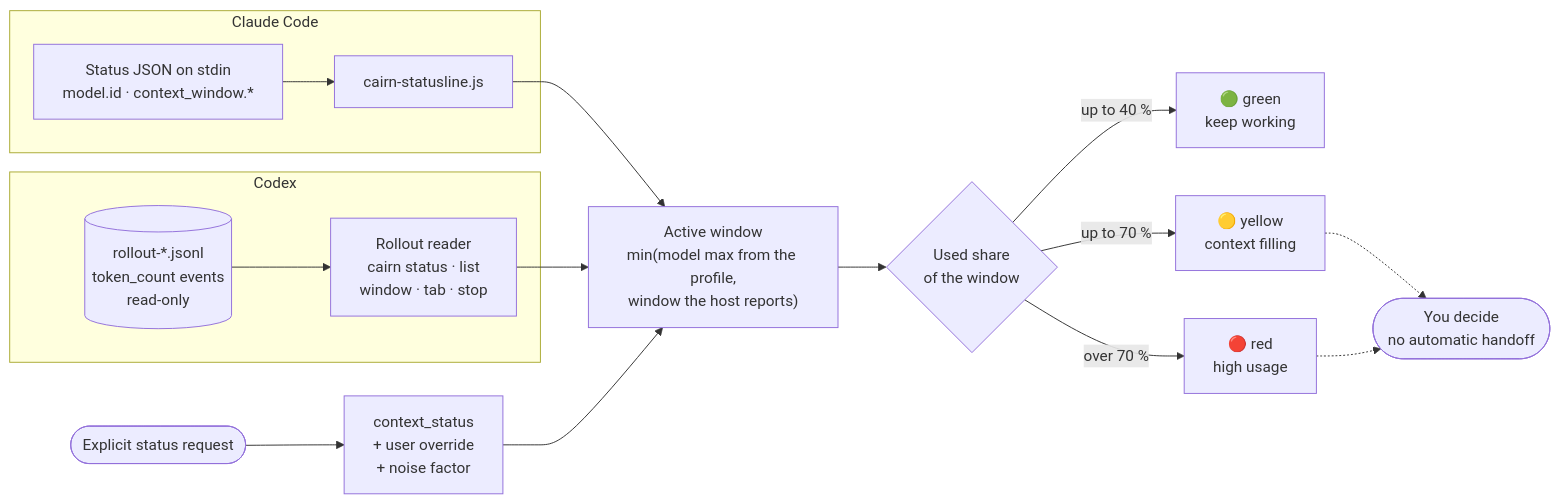
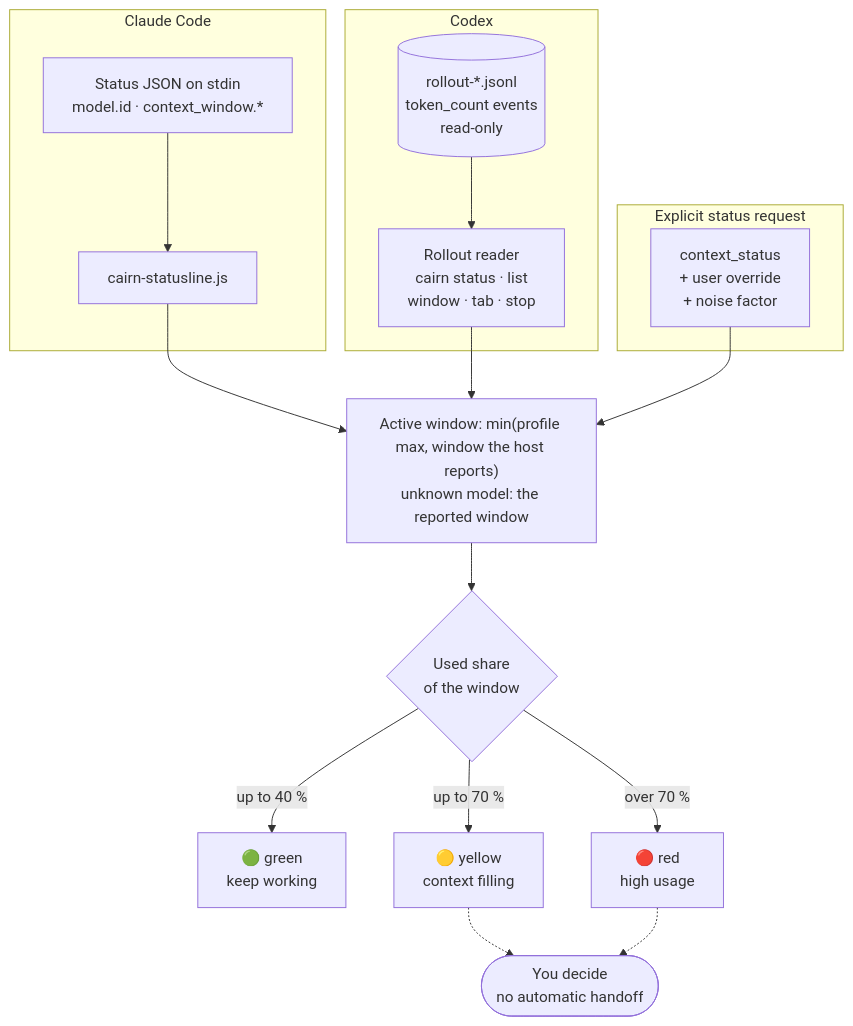
One commit to CheswickDEV/cairn changed the fourth of 8 diagrams in README.md. Above: the diagram before and after it, drawn with Mermaid. The commit also changed other lines of this file, not shown here.

First line of the commit message:
docs(readme): diagram corrections from two independent reviews

````diff
--- a/README.md
+++ b/README.md
@@ -155,18 +150,20 @@
 ```mermaid
-flowchart LR
+flowchart TB
     subgraph claude["Claude Code"]
         json["Status JSON on stdin<br/>model.id · context_window.*"] --> slbin["cairn-statusline.js"]
     end
     subgraph codex["Codex"]
         rollout[("rollout-*.jsonl<br/>token_count events<br/>read-only")] --> reader["Rollout reader<br/>cairn status · list<br/>window · tab · stop"]
     end
-    request(["Explicit status request"]) --> ctx["context_status<br/>+ user override<br/>+ noise factor"]
+    subgraph request["Explicit status request"]
+        ctx["context_status<br/>+ user override<br/>+ noise factor"]
+    end
 
-    slbin & reader & ctx --> window["Active window<br/>min(model max from the profile,<br/>window the host reports)"]
+    slbin & reader & ctx --> window["Active window: min(profile max, window the host reports)<br/>unknown model: the reported window"]
     window --> used{"Used share<br/>of the window"}
     used -->|"up to 40 %"| green["🟢 green<br/>keep working"]
     used -->|"up to 70 %"| yellow["🟡 yellow<br/>context filling"]
     used -->|"over 70 %"| red["🔴 red<br/>high usage"]
     yellow -.-> you(["You decide<br/>no automatic handoff"])
     red -.-> you
 ```
````
